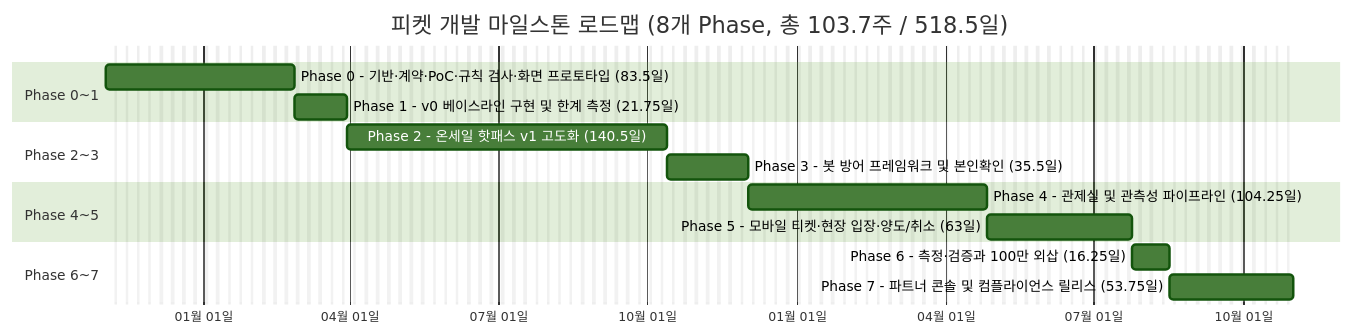
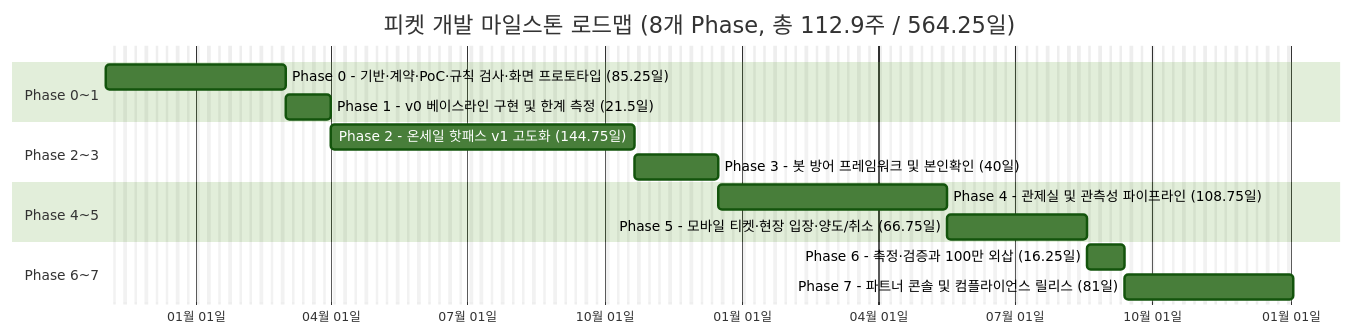
The third of 3 diagrams in docs/guide/12-measure-and-prove.md (peaket/peaket), drawn with Mermaid (forest theme) before and after one commit. The commit also changed other lines of this file and 28 other files, not shown here.

````diff
--- a/docs/guide/12-measure-and-prove.md
+++ b/docs/guide/12-measure-and-prove.md
@@ -156,24 +156,24 @@
 ```mermaid
 gantt
-    title 피켓 개발 마일스톤 로드맵 (8개 Phase, 총 103.7주 / 518.5일)
+    title 피켓 개발 마일스톤 로드맵 (8개 Phase, 총 112.9주 / 564.25일)
     dateFormat YYYY-MM-DD
     axisFormat %m월 %d일
     excludes weekends
     %% 착수일(2026-11-02)은 예시다. 착수일이 정해지면 바꾼다(docs/wbs/wbs.md). 기간은 근무일(주말 제외)이다
     
     section Phase 0~1
-    Phase 0 - 기반·계약·PoC·규칙 검사·화면 프로토타입 (83.5일) :p0, 2026-11-02, 84d
-    Phase 1 - v0 베이스라인 구현 및 한계 측정 (21.75일) :p1, after p0, 22d
+    Phase 0 - 기반·계약·PoC·규칙 검사·화면 프로토타입 (85.25일) :p0, 2026-11-02, 86d
+    Phase 1 - v0 베이스라인 구현 및 한계 측정 (21.5일) :p1, after p0, 22d
     
     section Phase 2~3
-    Phase 2 - 온세일 핫패스 v1 고도화 (140.5일)      :p2, after p1, 141d
-    Phase 3 - 봇 방어 프레임워크 및 본인확인 (35.5일) :p3, after p2, 36d
+    Phase 2 - 온세일 핫패스 v1 고도화 (144.75일)      :p2, after p1, 145d
+    Phase 3 - 봇 방어 프레임워크 및 본인확인 (40일) :p3, after p2, 40d
     
     section Phase 4~5
-    Phase 4 - 관제실 및 관측성 파이프라인 (104.25일)   :p4, after p3, 105d
-    Phase 5 - 모바일 티켓·현장 입장·양도/취소 (63일) :p5, after p4, 63d
+    Phase 4 - 관제실 및 관측성 파이프라인 (108.75일)   :p4, after p3, 109d
+    Phase 5 - 모바일 티켓·현장 입장·양도/취소 (66.75일) :p5, after p4, 67d
     
     section Phase 6~7
     Phase 6 - 측정·검증과 100만 외삽 (16.25일)       :p6, after p5, 17d
-    Phase 7 - 파트너 콘솔 및 컴플라이언스 릴리스 (53.75일) :p7, after p6, 54d
+    Phase 7 - 파트너 콘솔 및 컴플라이언스 릴리스 (81일) :p7, after p6, 81d
 ```
````
